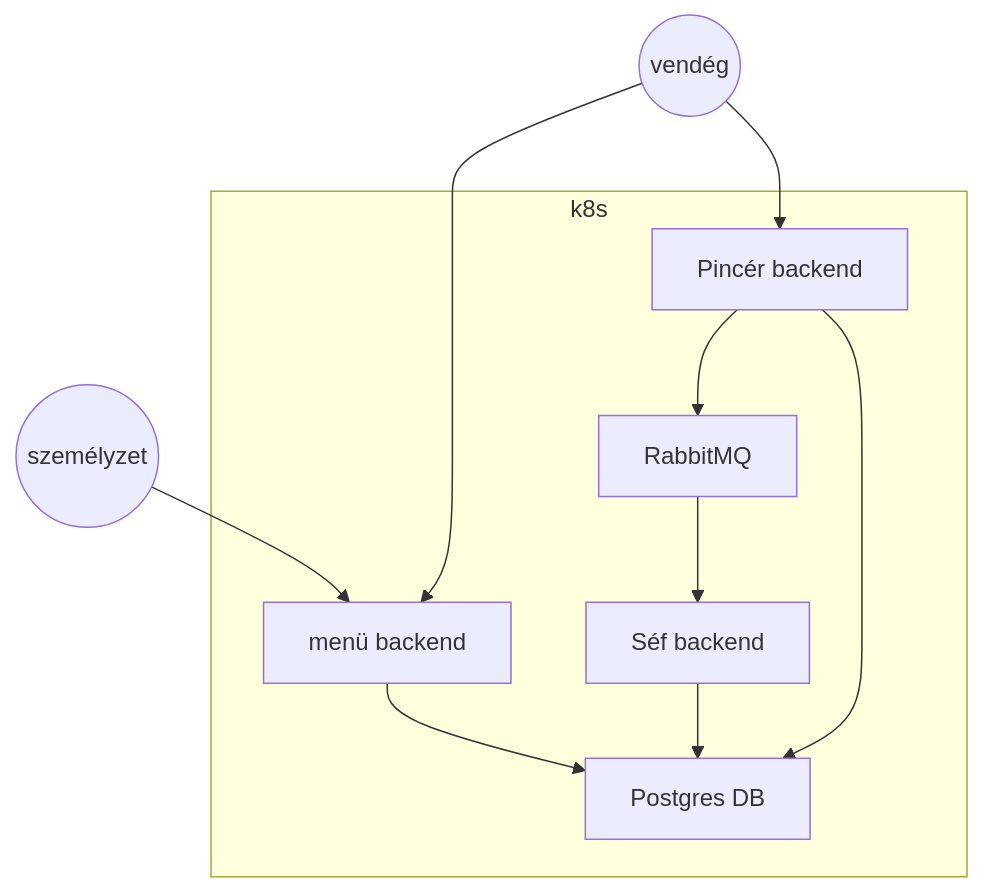
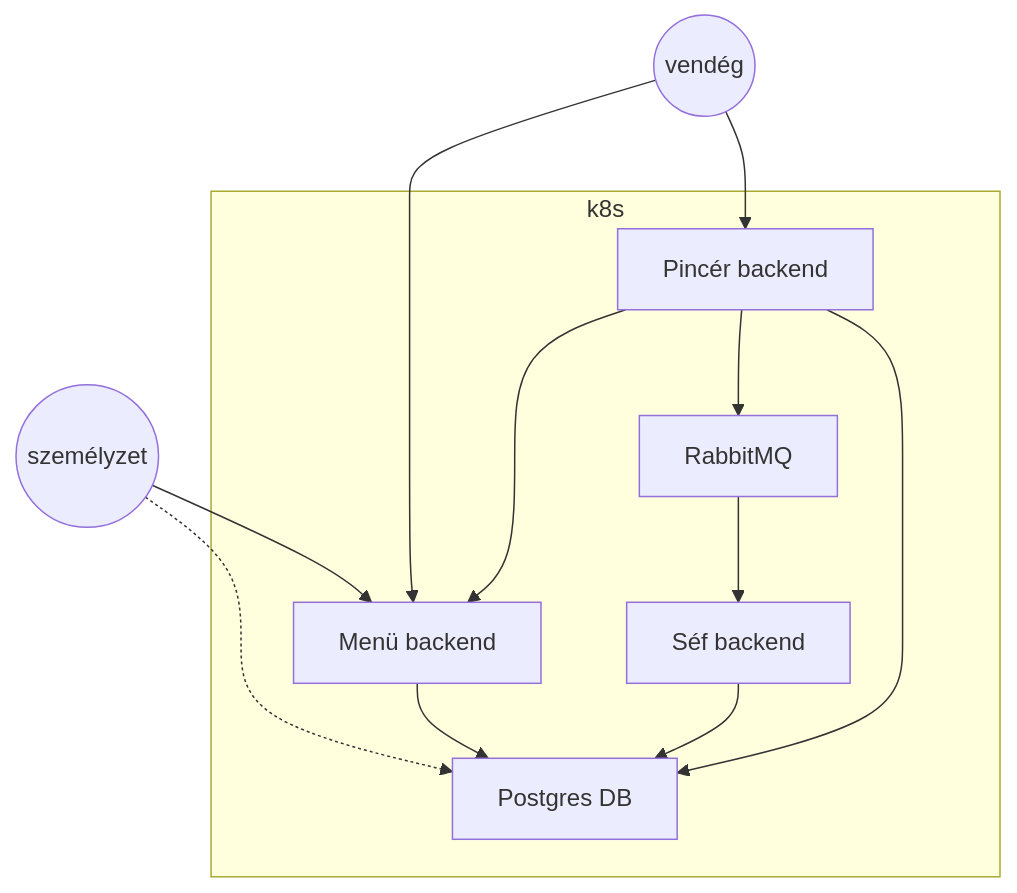
Before and after one commit to 1majom/skala_nhf: the diagram in README.md, drawn with Mermaid. The commit also changed other lines of this file and 1 other file, not shown here.

````diff
--- a/README.md
+++ b/README.md
@@ -28,23 +29,25 @@
 ```mermaid
 graph TD
     1((vendég))
     2((személyzet))
 
     subgraph "k8s"
-      3[menü backend]
+      3[Menü backend]
       4[Pincér backend]
       10[Postgres DB]
       5[RabbitMQ]
       6[Séf backend]
     end
-        
+    2 -.-> 10
     1 --> 3
+    4 --> 3
     1 --> 4
     2 --> 3
     4 --> 5
+   
     5 --> 6
     6 --> 10
     3 --> 10
     4 --> 10
 
 ```
````
